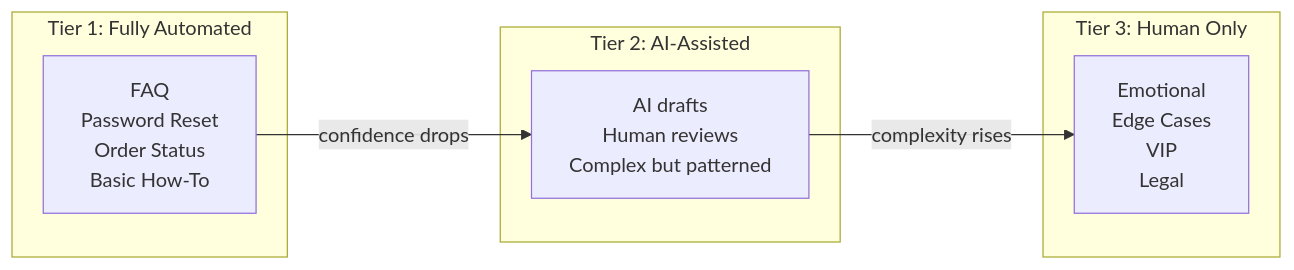
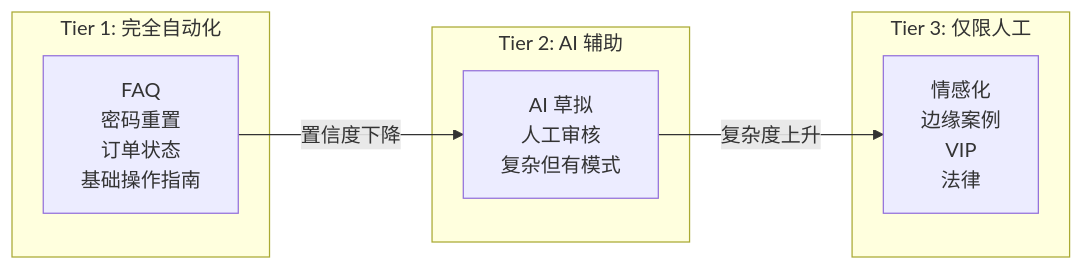
One commit to stars-labs/ai-driven-customer-service changed the second of 7 diagrams in i18n/zh/docusaurus-plugin-content-docs/current/architecture.md. Above: the diagram before and after it, drawn with Mermaid. The commit also changed other lines of this file and 15 other files, not shown here.

````diff
--- a/i18n/zh/docusaurus-plugin-content-docs/current/architecture.md
+++ b/i18n/zh/docusaurus-plugin-content-docs/current/architecture.md
@@ -59,17 +59,17 @@
 ```mermaid
 flowchart LR
-    subgraph Tier1["Tier 1: Fully Automated"]
-        T1[FAQ<br/>Password Reset<br/>Order Status<br/>Basic How-To]
+    subgraph Tier1["Tier 1: 完全自动化"]
+        T1[FAQ<br/>密码重置<br/>订单状态<br/>基础操作指南]
     end
 
-    subgraph Tier2["Tier 2: AI-Assisted"]
-        T2[AI drafts<br/>Human reviews<br/>Complex but patterned]
+    subgraph Tier2["Tier 2: AI 辅助"]
+        T2[AI 草拟<br/>人工审核<br/>复杂但有模式]
     end
 
-    subgraph Tier3["Tier 3: Human Only"]
-        T3[Emotional<br/>Edge Cases<br/>VIP<br/>Legal]
+    subgraph Tier3["Tier 3: 仅限人工"]
+        T3[情感化<br/>边缘案例<br/>VIP<br/>法律]
     end
 
-    T1 -->|confidence drops| T2
-    T2 -->|complexity rises| T3
+    T1 -->|置信度下降| T2
+    T2 -->|复杂度上升| T3
 ```
````
